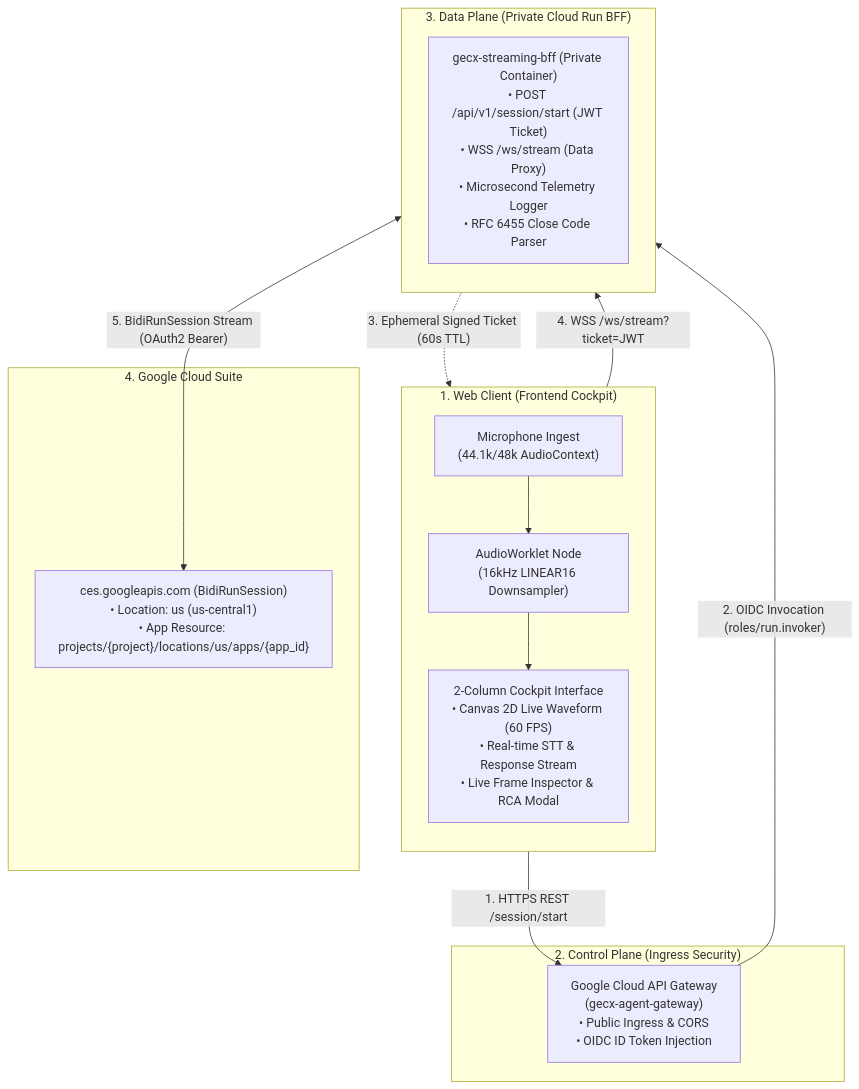
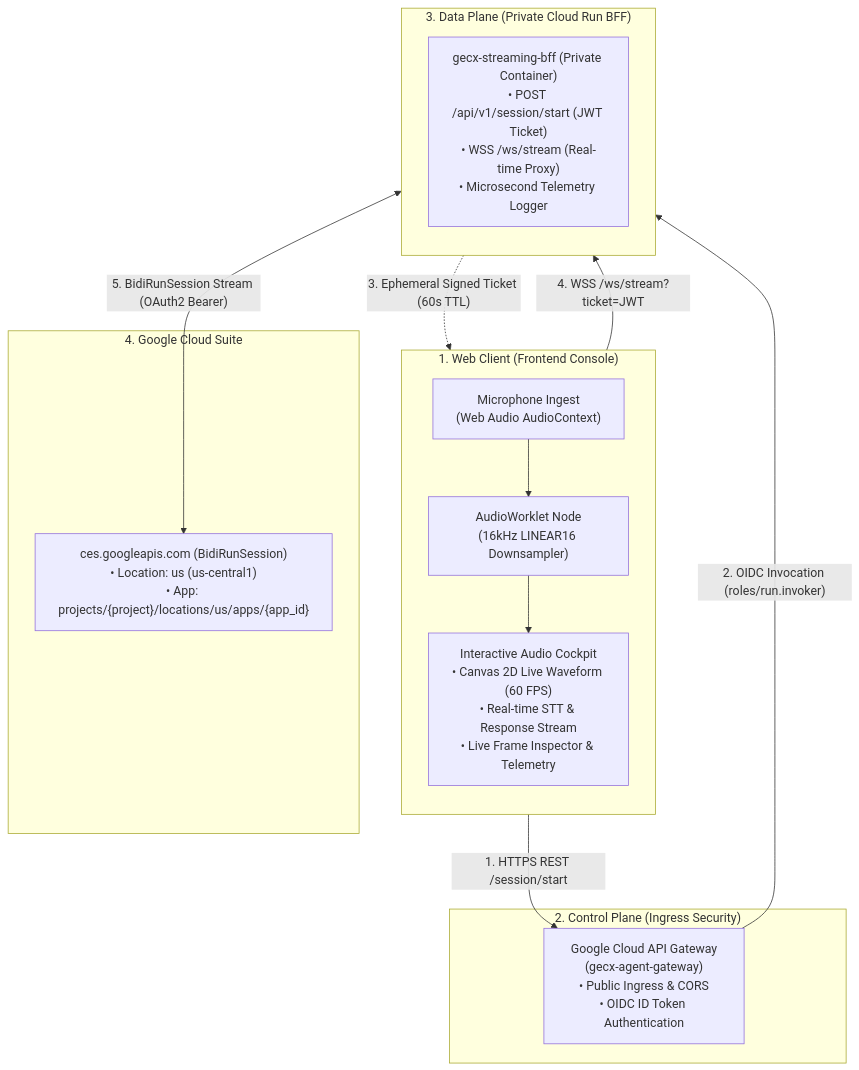
The diagram in README.md (Jhko0404/GECX-Realtime-Voice-Streaming), drawn with Mermaid before and after one commit. The commit also changed other lines of this file, not shown here.

Commit message:
docs: restructure README.md to be demo-first, focusing on Real-Time Voice Streaming capabilities and quickstart

````diff
--- a/README.md
+++ b/README.md
@@ -33,30 +77,30 @@
 ```mermaid
 flowchart TB
-    subgraph ClientLayer["1. Web Client (Frontend Cockpit)"]
+    subgraph ClientLayer["1. Web Client (Frontend Console)"]
         direction TB
-        Mic["Microphone Ingest<br/>(44.1k/48k AudioContext)"]
+        Mic["Microphone Ingest<br/>(Web Audio AudioContext)"]
         Worklet["AudioWorklet Node<br/>(16kHz LINEAR16 Downsampler)"]
-        CockpitUI["2-Column Cockpit Interface<br/>• Canvas 2D Live Waveform (60 FPS)<br/>• Real-time STT & Response Stream<br/>• Live Frame Inspector & RCA Modal"]
+        CockpitUI["Interactive Audio Cockpit<br/>• Canvas 2D Live Waveform (60 FPS)<br/>• Real-time STT & Response Stream<br/>• Live Frame Inspector & Telemetry"]
         Mic --> Worklet
         Worklet --> CockpitUI
     end
 
     subgraph ControlPlane["2. Control Plane (Ingress Security)"]
-        Gateway["Google Cloud API Gateway<br/>(gecx-agent-gateway)<br/>• Public Ingress & CORS<br/>• OIDC ID Token Injection"]
+        Gateway["Google Cloud API Gateway<br/>(gecx-agent-gateway)<br/>• Public Ingress & CORS<br/>• OIDC ID Token Authentication"]
     end
 
     subgraph DataPlane["3. Data Plane (Private Cloud Run BFF)"]
         direction TB
-        BFF["gecx-streaming-bff (Private Container)<br/>• POST /api/v1/session/start (JWT Ticket)<br/>• WSS /ws/stream (Data Proxy)<br/>• Microsecond Telemetry Logger<br/>• RFC 6455 Close Code Parser"]
+        BFF["gecx-streaming-bff (Private Container)<br/>• POST /api/v1/session/start (JWT Ticket)<br/>• WSS /ws/stream (Real-time Proxy)<br/>• Microsecond Telemetry Logger"]
     end
 
     subgraph GECXLayer["4. Google Cloud Suite"]
-        GECX["ces.googleapis.com (BidiRunSession)<br/>• Location: us (us-central1)<br/>• App Resource: projects/{project}/locations/us/apps/{app_id}"]
+        GECX["ces.googleapis.com (BidiRunSession)<br/>• Location: us (us-central1)<br/>• App: projects/{project}/locations/us/apps/{app_id}"]
     end
 
     CockpitUI -->|"1. HTTPS REST /session/start"| Gateway
     Gateway -->|"2. OIDC Invocation (roles/run.invoker)"| BFF
     BFF -.->|"3. Ephemeral Signed Ticket (60s TTL)"| CockpitUI
     CockpitUI -->|"4. WSS /ws/stream?ticket=JWT"| BFF
     BFF <-->|"5. BidiRunSession Stream (OAuth2 Bearer)"| GECX
 ```
````
